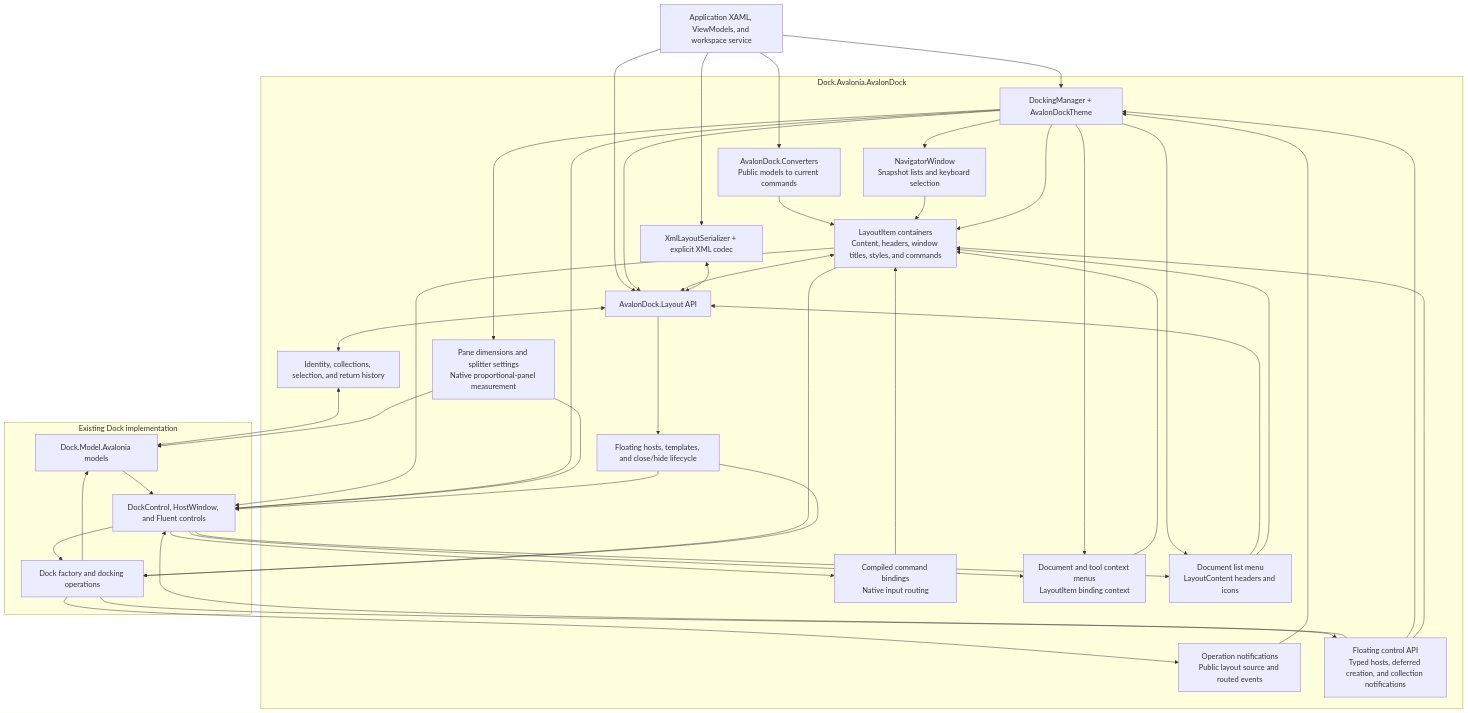
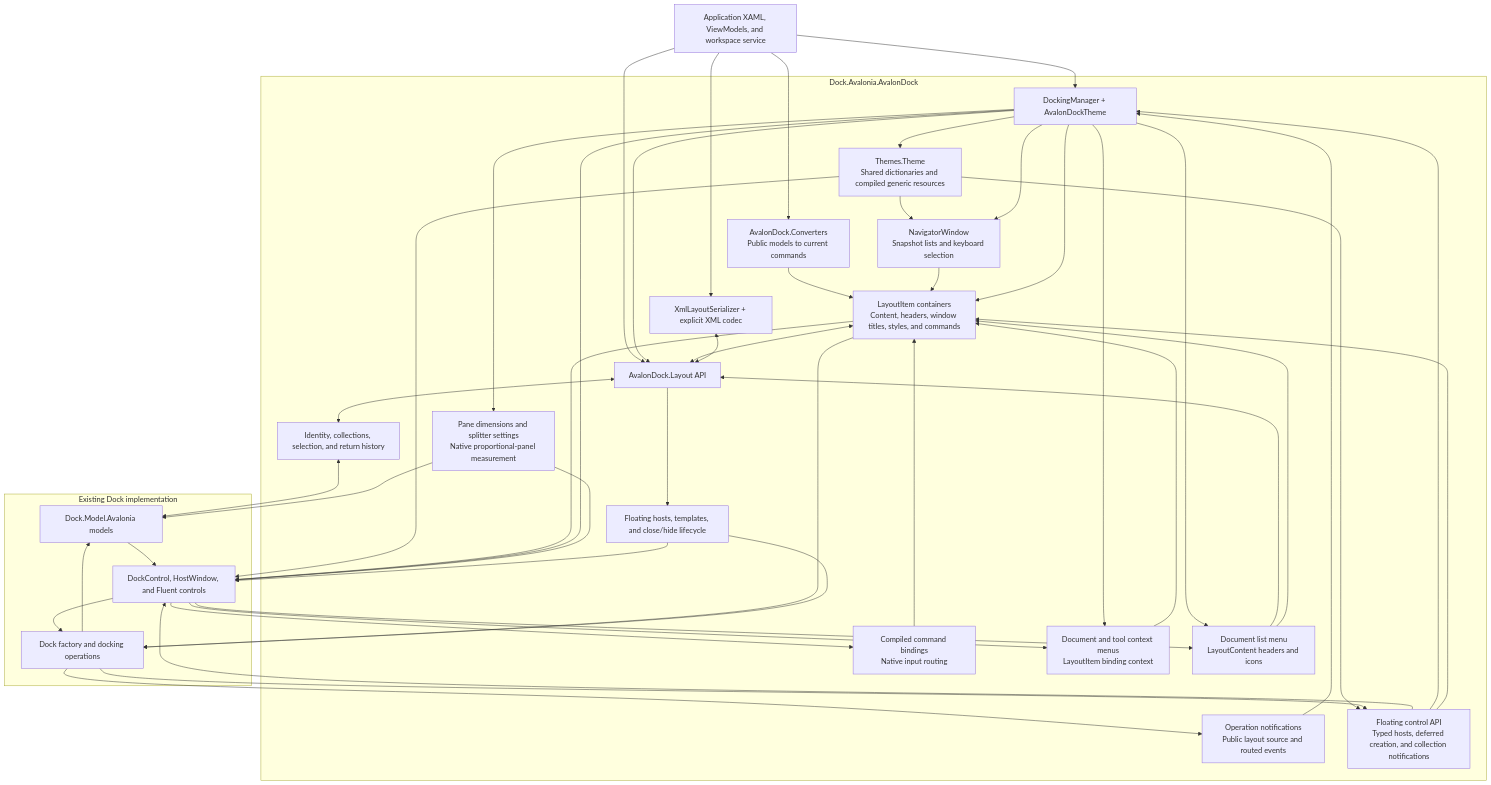
The diagram in docfx/articles/dock-avalondock.md (wieslawsoltes/Dock), drawn with Mermaid before and after one commit. The commit also changed other lines of this file and 6 other files, not shown here.

````diff
--- a/docfx/articles/dock-avalondock.md
+++ b/docfx/articles/dock-avalondock.md
@@ -942,65 +1011,70 @@
 ```mermaid
 flowchart TB
     App["Application XAML, ViewModels, and workspace service"]
     subgraph Compatibility["Dock.Avalonia.AvalonDock"]
         Manager["DockingManager + AvalonDockTheme"]
         Layout["AvalonDock.Layout API"]
         Items["LayoutItem containers<br/>Content, headers, window titles, styles, and commands"]
         Commands["Compiled command bindings<br/>Native input routing"]
         Converters["AvalonDock.Converters<br/>Public models to current commands"]
         Navigator["NavigatorWindow<br/>Snapshot lists and keyboard selection"]
+        ResourceThemes["Themes.Theme<br/>Shared dictionaries and compiled generic resources"]
         Menus["Document and tool context menus<br/>LayoutItem binding context"]
         DocumentList["Document list menu<br/>LayoutContent headers and icons"]
         Bridge["Identity, collections, selection, and return history"]
         Sizing["Pane dimensions and splitter settings<br/>Native proportional-panel measurement"]
         Lifecycle["Floating hosts, templates, and close/hide lifecycle"]
         Events["Operation notifications<br/>Public layout source and routed events"]
         Hosts["Floating control API<br/>Typed hosts, deferred creation, and collection notifications"]
         Xml["XmlLayoutSerializer + explicit XML codec"]
     end
     subgraph Native["Existing Dock implementation"]
         Models["Dock.Model.Avalonia models"]
         Factory["Dock factory and docking operations"]
         Controls["DockControl, HostWindow, and Fluent controls"]
     end
     App --> Manager
     App --> Converters
     Converters --> Items
+    Manager --> ResourceThemes
+    ResourceThemes --> Navigator
+    ResourceThemes --> Hosts
+    ResourceThemes --> Controls
     Manager --> Navigator
     Navigator --> Items
     App --> Layout
     App --> Xml
     Manager --> Layout
     Manager --> Items
     Items <--> Layout
     Items --> Factory
     Items --> Controls
     Controls --> Commands
     Commands --> Items
     Manager --> Menus
     Controls --> Menus
     Menus --> Items
     Manager --> DocumentList
     Controls --> DocumentList
     DocumentList --> Layout
     DocumentList --> Items
     Manager --> Controls
     Layout <--> Bridge
     Bridge <--> Models
     Manager --> Sizing
     Sizing --> Models
     Sizing --> Controls
     Layout --> Lifecycle
     Lifecycle --> Factory
     Lifecycle --> Controls
     Controls --> Factory
     Factory --> Models
     Factory --> Events
     Events --> Manager
     Factory --> Hosts
     Hosts --> Controls
     Hosts --> Manager
     Hosts --> Items
     Models --> Controls
     Xml <--> Layout
 ```
````
